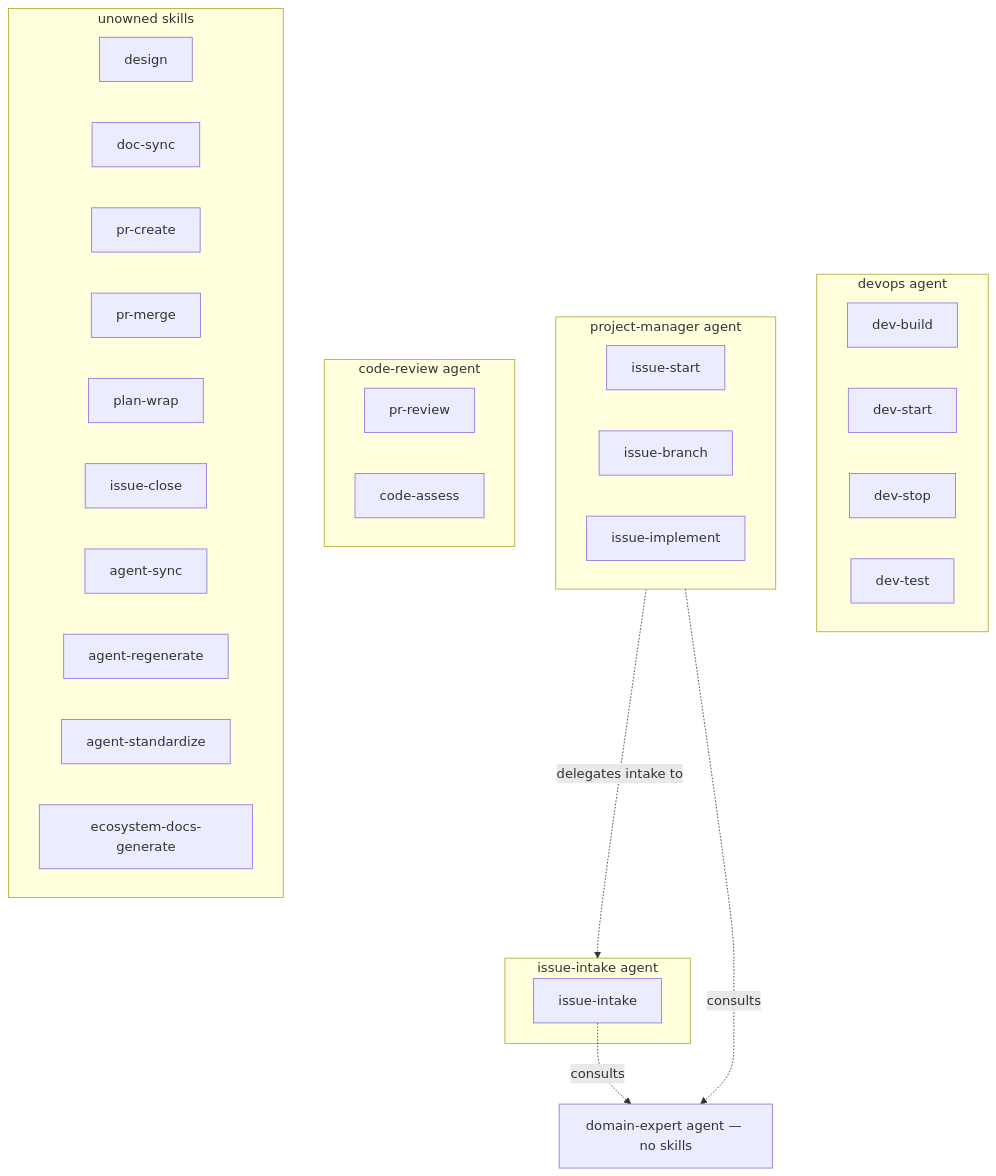
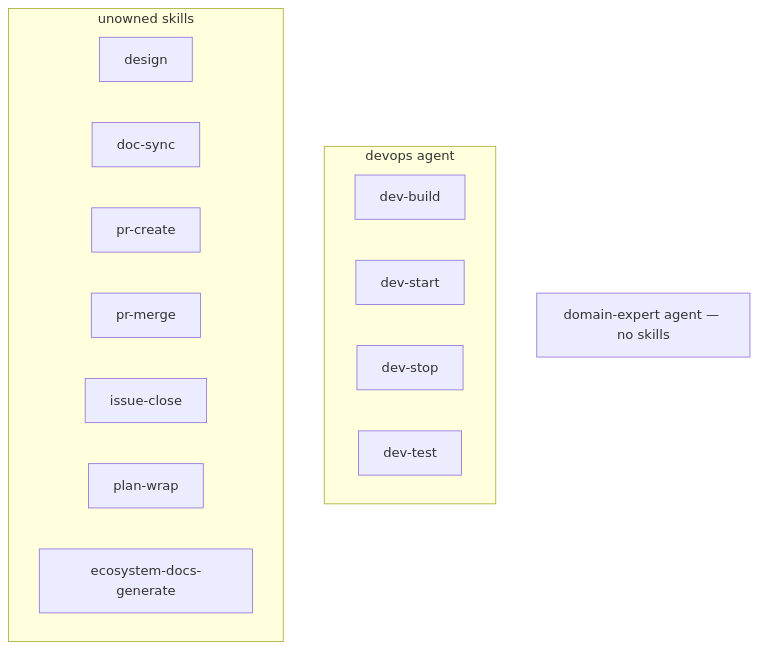
Before and after one commit to ashitaka-emishi/lob-online: the first of 2 diagrams in docs/ecosystem-design.md, drawn with Mermaid. The commit also changed other lines of this file and 2 other files, not shown here.

Commit message:
#82 docs: regenerate ecosystem docs from source-of-truth inputs

````diff
--- a/docs/ecosystem-design.md
+++ b/docs/ecosystem-design.md
@@ -44,37 +42,19 @@
 ```mermaid
 graph TD
   subgraph devops[devops agent]
     dev-build
     dev-start
     dev-stop
     dev-test
   end
-  subgraph pm[project-manager agent]
-    issue-start
-    issue-branch
-    issue-implement
-  end
-  subgraph ii[issue-intake agent]
-    issue-intake
-  end
-  subgraph cr[code-review agent]
-    pr-review
-    code-assess
-  end
   rl[domain-expert agent — no skills]
   subgraph standalone[unowned skills]
     design
     doc-sync
     pr-create
     pr-merge
+    issue-close
     plan-wrap
-    issue-close
-    agent-sync
-    agent-regenerate
-    agent-standardize
     ecosystem-docs-generate
   end
-  issue-intake -.->|consults| rl
-  pm -.->|delegates intake to| ii
-  pm -.->|consults| rl
 ```
````
